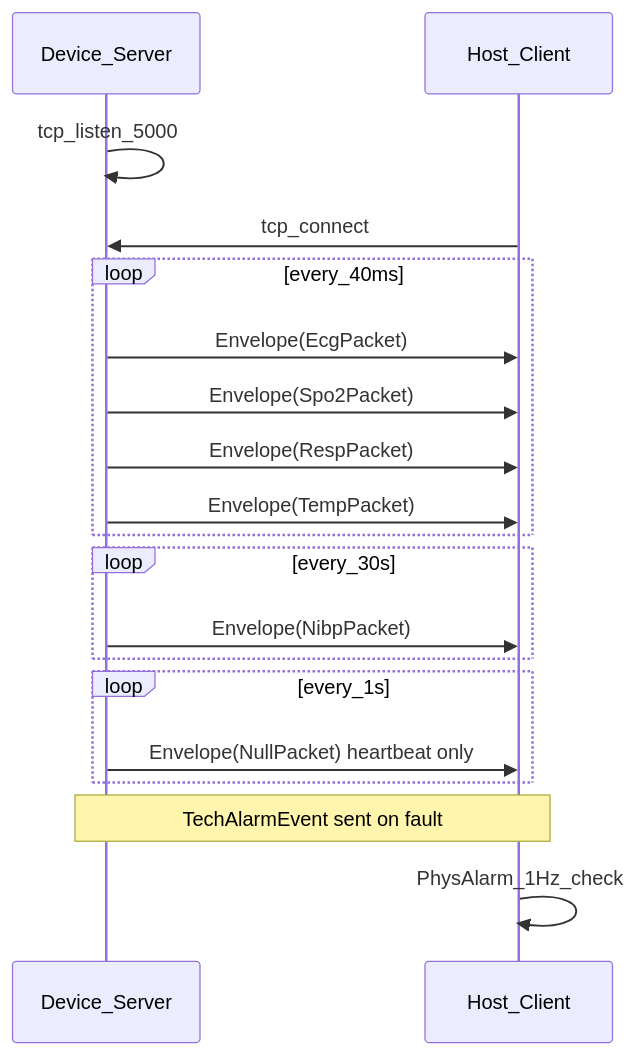
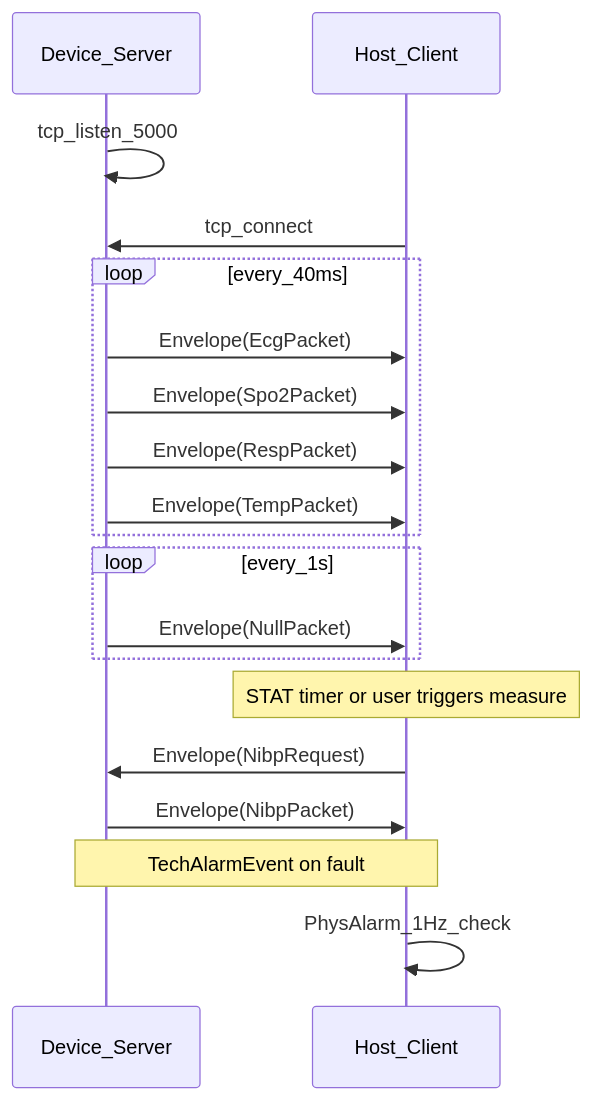
Before and after one commit to BoydWPaine/MiniPatientMonitor: the fourth of 5 diagrams in docs/Architecture.md, drawn with Mermaid. The commit also changed other lines of this file and 6 other files, not shown here.

````diff
--- a/docs/Architecture.md
+++ b/docs/Architecture.md
@@ -349,21 +385,21 @@
 ```mermaid
 sequenceDiagram
     participant D as Device_Server
     participant H as Host_Client
     D->>D: tcp_listen_5000
     H->>D: tcp_connect
     loop every_40ms
         D->>H: Envelope(EcgPacket)
         D->>H: Envelope(Spo2Packet)
         D->>H: Envelope(RespPacket)
         D->>H: Envelope(TempPacket)
     end
-    loop every_30s
-        D->>H: Envelope(NibpPacket)
+    loop every_1s
+        D->>H: Envelope(NullPacket)
     end
-    loop every_1s
-        D->>H: Envelope(NullPacket) heartbeat only
-    end
-    Note over D,H: TechAlarmEvent sent on fault
+    Note over H: STAT timer or user triggers measure
+    H->>D: Envelope(NibpRequest)
+    D->>H: Envelope(NibpPacket)
+    Note over D,H: TechAlarmEvent on fault
     H->>H: PhysAlarm_1Hz_check
 ```
````
